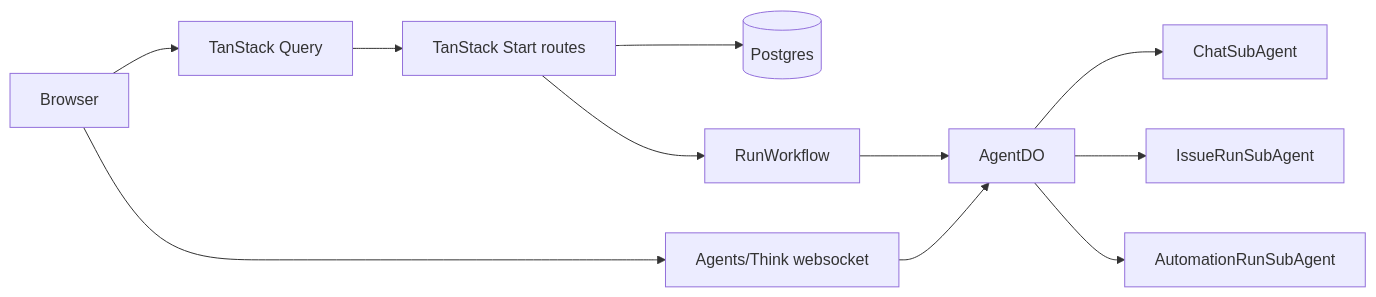
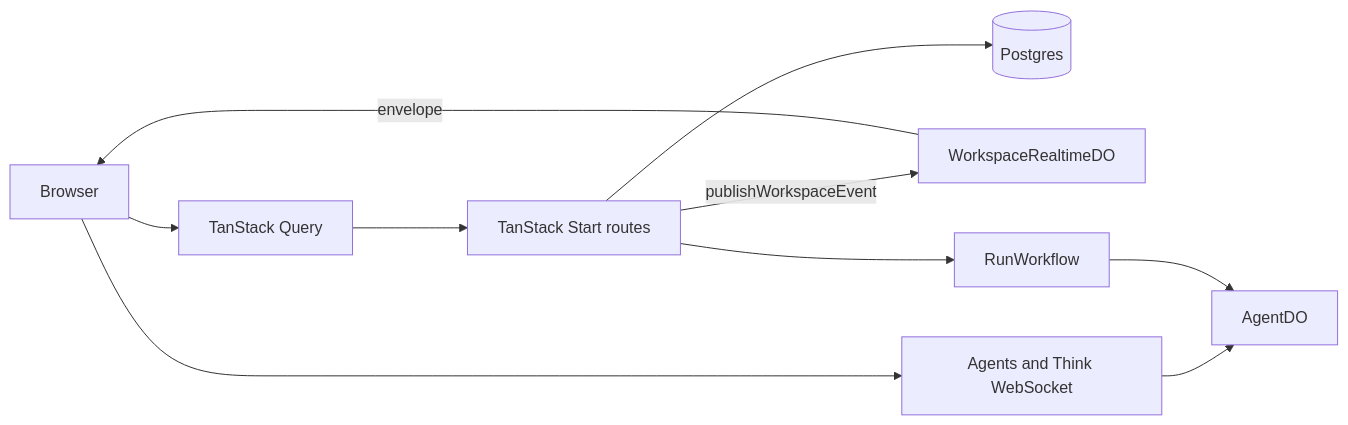
The diagram in docs/concepts/architecture/realtime.md (Flow-Research/garden), drawn with Mermaid before and after one commit. The commit also changed other lines of this file and 12 other files, not shown here.

Commit message:
docs(architecture): rewrite architecture concepts, map, and decisions against current code

````diff
--- a/docs/concepts/architecture/realtime.md
+++ b/docs/concepts/architecture/realtime.md
@@ -15,13 +30,12 @@
 ```mermaid
 flowchart LR
   Browser --> Query[TanStack Query]
   Query --> Routes[TanStack Start routes]
   Routes --> DB[(Postgres)]
-  Browser --> ChatWS[Agents/Think websocket]
+  Routes -->|publishWorkspaceEvent| Hub[WorkspaceRealtimeDO]
+  Hub -->|envelope| Browser
+  Browser --> ChatWS[Agents and Think WebSocket]
   ChatWS --> AgentDO[AgentDO]
-  AgentDO --> ChatSubAgent[ChatSubAgent]
-  AgentDO --> IssueRunSubAgent[IssueRunSubAgent]
-  AgentDO --> AutomationRunSubAgent[AutomationRunSubAgent]
   Routes --> Workflow[RunWorkflow]
   Workflow --> AgentDO
 ```
````
